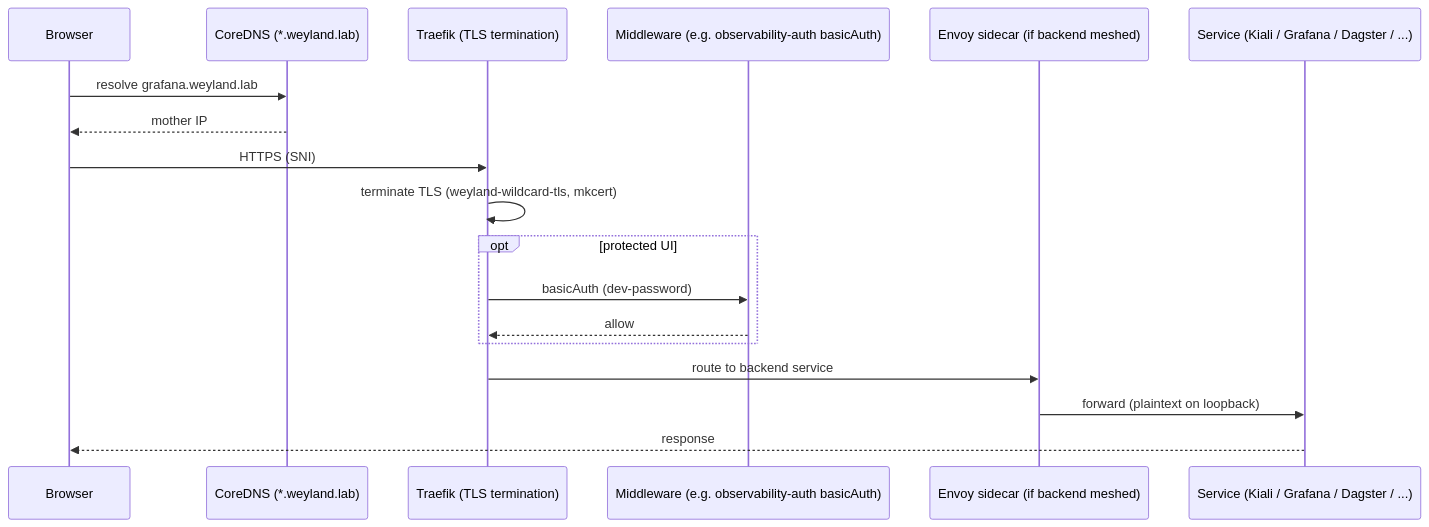
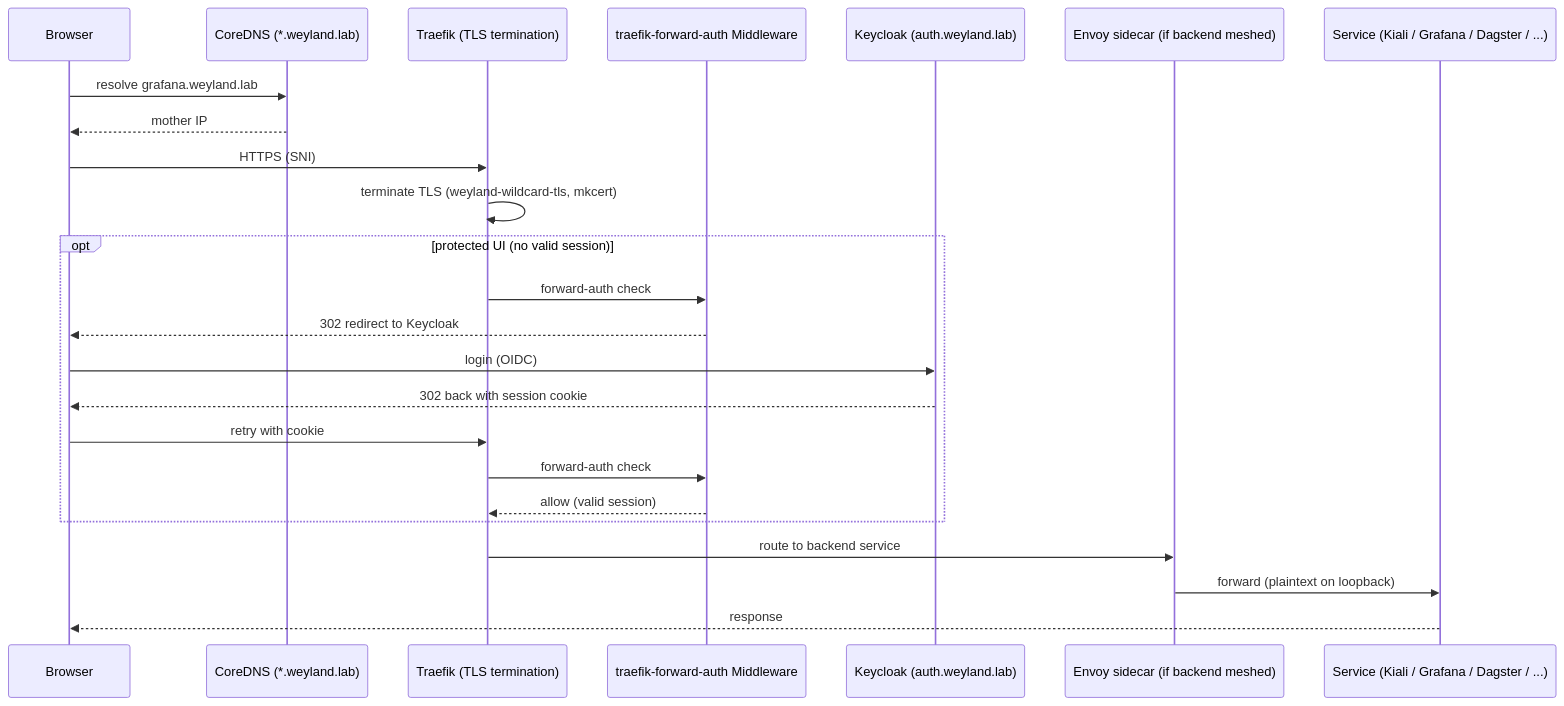
Before and after one commit to edtbl76/weyland-lab: the diagram in docs/diagrams/flow-ingress-tls.md, drawn with Mermaid. The commit also changed other lines of this file and 6 other files, not shown here.

Commit message:
Replaced dev-password middleware with Keycloak SSO via Traefik forward-auth across MLflow, Kiali, SonarQube, Uptime Kuma, and other services. Updated diagrams, runbooks, and Ingress configurations to reflect the authentication changes.

````diff
--- a/docs/diagrams/flow-ingress-tls.md
+++ b/docs/diagrams/flow-ingress-tls.md
@@ -7,20 +9,26 @@
 ```mermaid
 sequenceDiagram
     participant Br as Browser
     participant DNS as CoreDNS (*.weyland.lab)
     participant Tr as Traefik (TLS termination)
-    participant MW as Middleware (e.g. observability-auth basicAuth)
+    participant FA as traefik-forward-auth Middleware
+    participant KC as Keycloak (auth.weyland.lab)
     participant Env as Envoy sidecar (if backend meshed)
     participant Svc as Service (Kiali / Grafana / Dagster / ...)
     Br->>DNS: resolve grafana.weyland.lab
     DNS-->>Br: mother IP
     Br->>Tr: HTTPS (SNI)
     Tr->>Tr: terminate TLS (weyland-wildcard-tls, mkcert)
-    opt protected UI
-        Tr->>MW: basicAuth (dev-password)
-        MW-->>Tr: allow
+    opt protected UI (no valid session)
+        Tr->>FA: forward-auth check
+        FA-->>Br: 302 redirect to Keycloak
+        Br->>KC: login (OIDC)
+        KC-->>Br: 302 back with session cookie
+        Br->>Tr: retry with cookie
+        Tr->>FA: forward-auth check
+        FA-->>Tr: allow (valid session)
     end
     Tr->>Env: route to backend service
     Env->>Svc: forward (plaintext on loopback)
     Svc-->>Br: response
 ```
````
